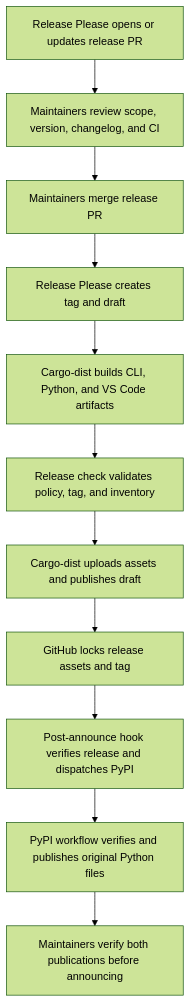
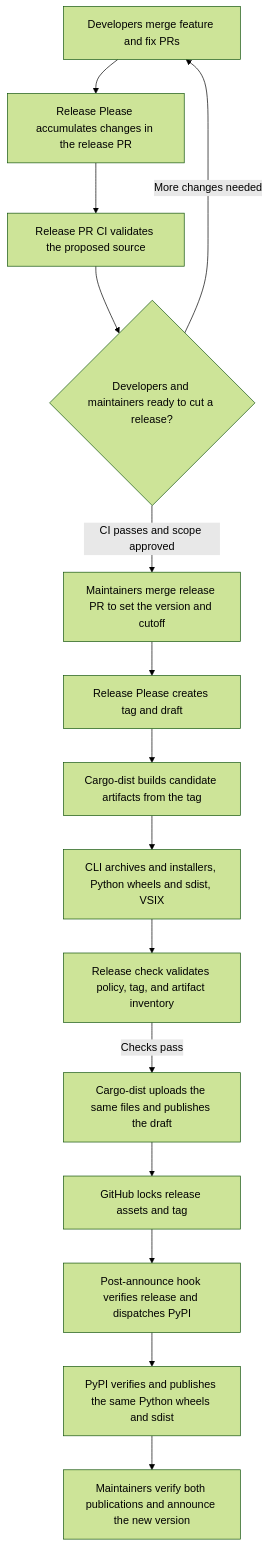
Before and after one commit to NatLabRockies/arco: the first of 2 diagrams in RELEASE_POLICY.md, drawn with Mermaid (forest theme). The commit also changed other lines of this file, not shown here.

Commit message:
docs(release): explain release cutoff and candidate artifacts

````diff
--- a/RELEASE_POLICY.md
+++ b/RELEASE_POLICY.md
@@ -29,16 +44,22 @@
 ```mermaid
 flowchart TD
-    PR[Release Please opens or updates release PR]
-    Review[Maintainers review scope, version, changelog, and CI]
-    Merge[Maintainers merge release PR]
+    Changes[Developers merge feature and fix PRs]
+    PR[Release Please accumulates changes in the release PR]
+    CI[Release PR CI validates the proposed source]
+    Cutoff{Developers and maintainers ready to cut a release?}
+    Merge[Maintainers merge release PR to set the version and cutoff]
     Draft[Release Please creates tag and draft]
-    Build[Cargo-dist builds CLI, Python, and VS Code artifacts]
-    Check[Release check validates policy, tag, and inventory]
-    Publish[Cargo-dist uploads assets and publishes draft]
+    Build[Cargo-dist builds candidate artifacts from the tag]
+    Candidates[CLI archives and installers, Python wheels and sdist, VSIX]
+    Check[Release check validates policy, tag, and artifact inventory]
+    Publish[Cargo-dist uploads the same files and publishes the draft]
     Lock[GitHub locks release assets and tag]
     Dispatch[Post-announce hook verifies release and dispatches PyPI]
-    PyPI[PyPI workflow verifies and publishes original Python files]
-    Verify[Maintainers verify both publications before announcing]
-    PR --> Review --> Merge --> Draft --> Build --> Check
-    Check --> Publish --> Lock --> Dispatch --> PyPI --> Verify
+    PyPI[PyPI verifies and publishes the same Python wheels and sdist]
+    Verify[Maintainers verify both publications and announce the new version]
+    Changes --> PR --> CI --> Cutoff
+    Cutoff -->|More changes needed| Changes
+    Cutoff -->|CI passes and scope approved| Merge
+    Merge --> Draft --> Build --> Candidates --> Check
+    Check -->|Checks pass| Publish --> Lock --> Dispatch --> PyPI --> Verify
 ```
````
